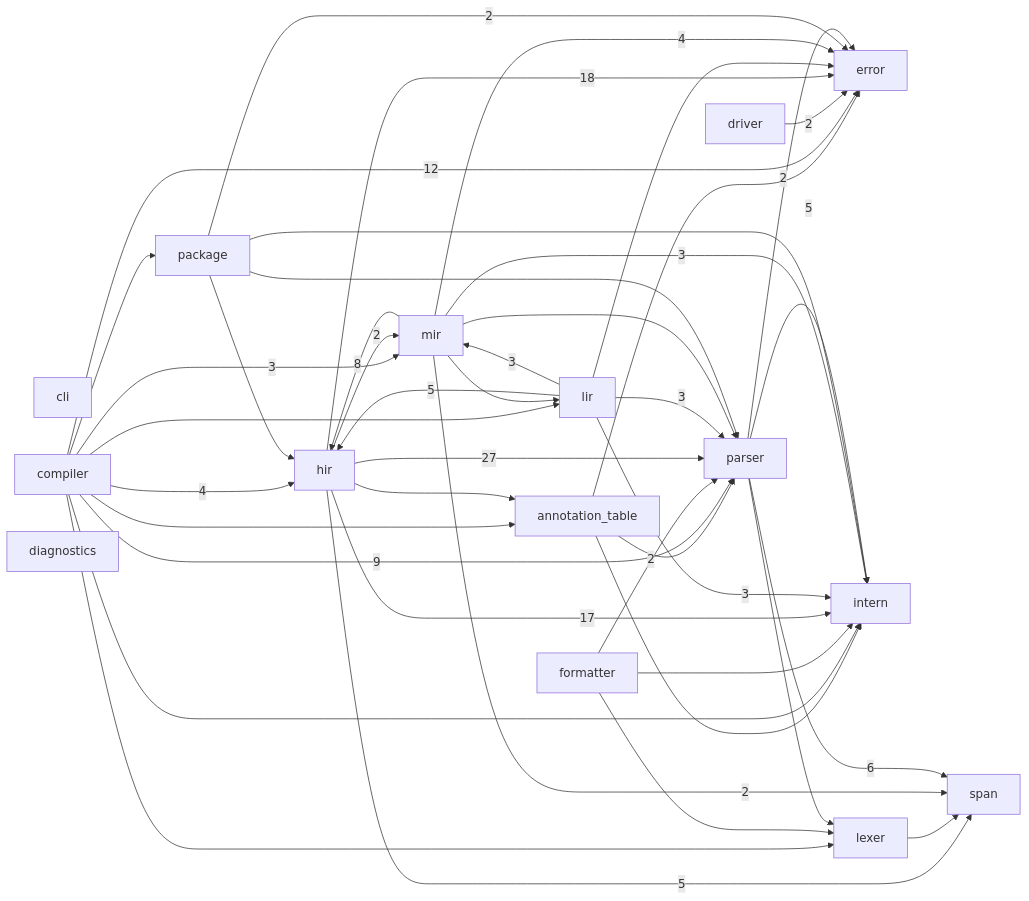
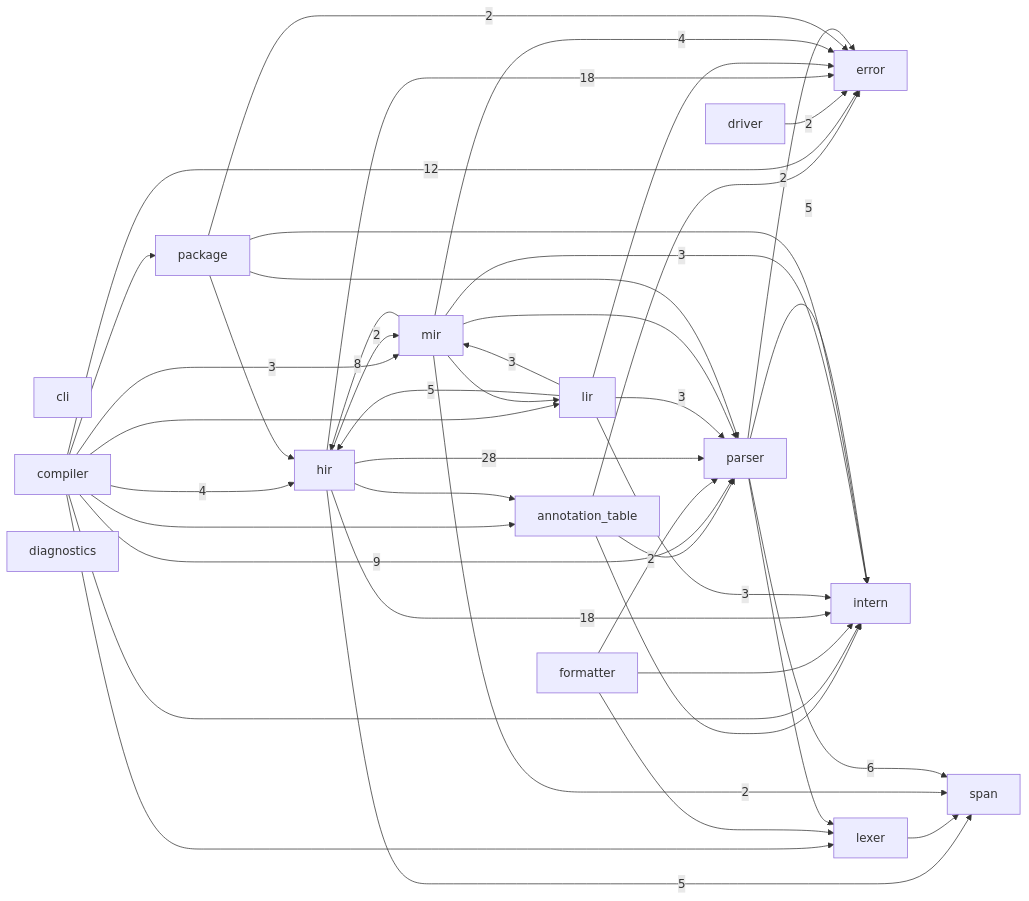
The diagram in docs/module-graph.md (ayanami1ei/Ayanami-language), drawn with Mermaid before and after one commit. The commit also changed other lines of this file and 10 other files, not shown here.

````diff
--- a/docs/module-graph.md
+++ b/docs/module-graph.md
@@ -6,60 +6,60 @@
 ```mermaid
 graph LR
     annotation_table
     cli
     compiler
     diagnostics
     driver
     error
     formatter
     hir
     intern
     lexer
     lir
     mir
     package
     parser
     span
     annotation_table --> error
     annotation_table --> intern
     annotation_table --> parser
     compiler --> annotation_table
     compiler -->|12| error
     compiler -->|4| hir
     compiler --> intern
     compiler --> lexer
     compiler --> lir
     compiler -->|3| mir
     compiler --> package
     compiler -->|9| parser
     driver -->|2| error
     formatter --> intern
     formatter --> lexer
     formatter -->|2| parser
     hir --> annotation_table
     hir -->|18| error
-    hir -->|17| intern
+    hir -->|18| intern
     hir -->|2| mir
-    hir -->|27| parser
+    hir -->|28| parser
     hir -->|5| span
     lexer --> span
     lir --> error
     lir -->|5| hir
     lir -->|3| intern
     lir -->|3| mir
     lir -->|3| parser
     mir -->|4| error
     mir -->|8| hir
     mir -->|3| intern
     mir --> lir
     mir --> parser
     mir -->|2| span
     package -->|2| error
     package --> hir
     package --> intern
     package --> parser
     parser -->|2| error
     parser -->|5| intern
     parser --> lexer
     parser -->|6| span
 ```
````
